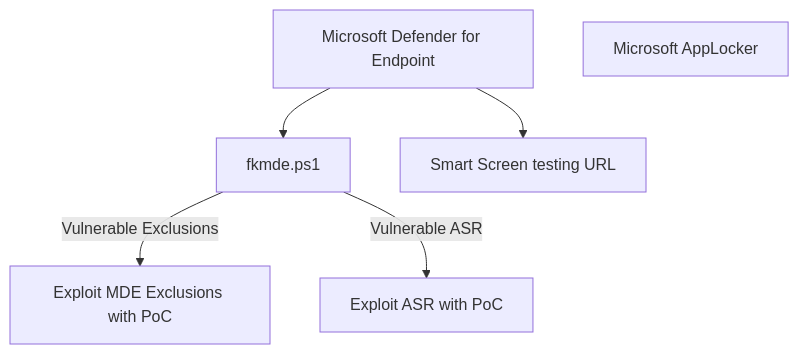
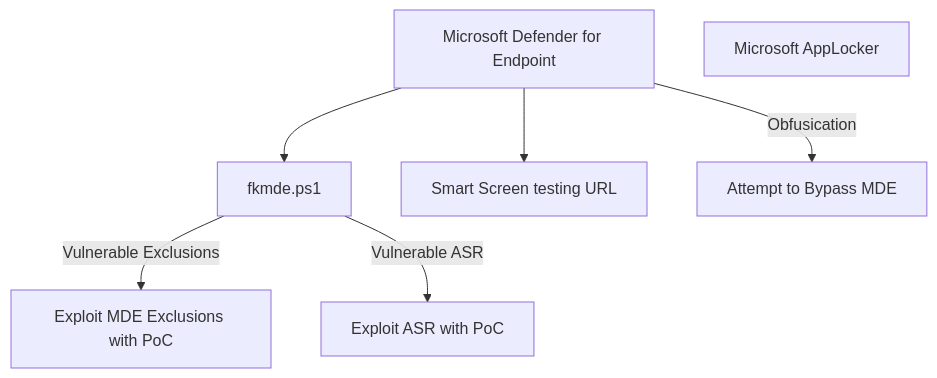
One commit to fkxdr/fkxdr-mindmaps changed the diagram in README.md. Above: the diagram before and after it, drawn with Mermaid.

````diff
--- a/README.md
+++ b/README.md
@@ -7,10 +7,11 @@
 ```mermaid
 flowchart TD
     MDE[ Microsoft Defender for Endpoint ]
     --> MDEFK[ fkmde.ps1 ]
     -->| Vulnerable Exclusions | MDEEX[ Exploit MDE Exclusions with PoC ]
     MDEFK -->| Vulnerable ASR | MDEC[ Exploit ASR with PoC ]
     MDE --> MDESC[ Smart Screen testing URL ]
+    MDE -->| Obfusication | MDBYP[ Attempt to Bypass MDE ] 
 
     APP[ Microsoft AppLocker ]
 ```
````
